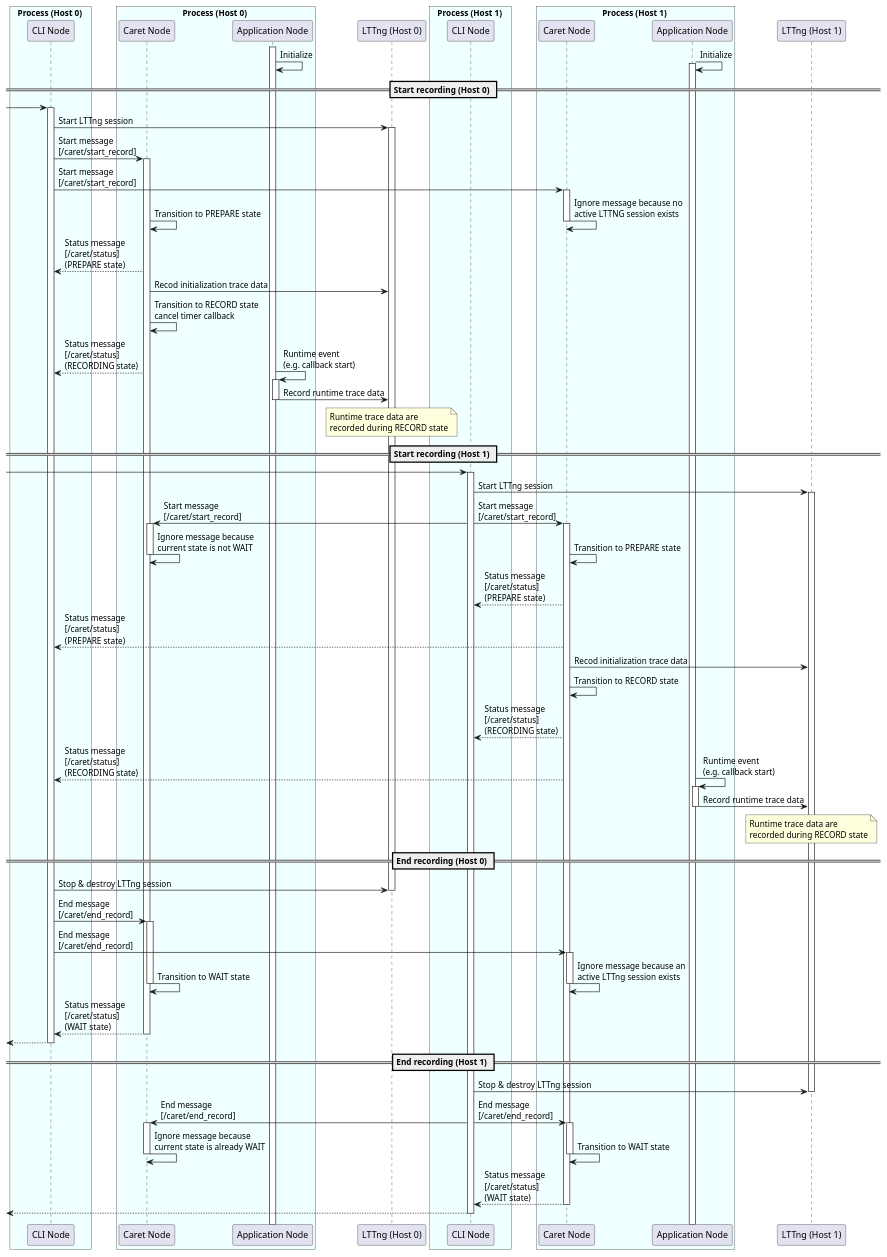
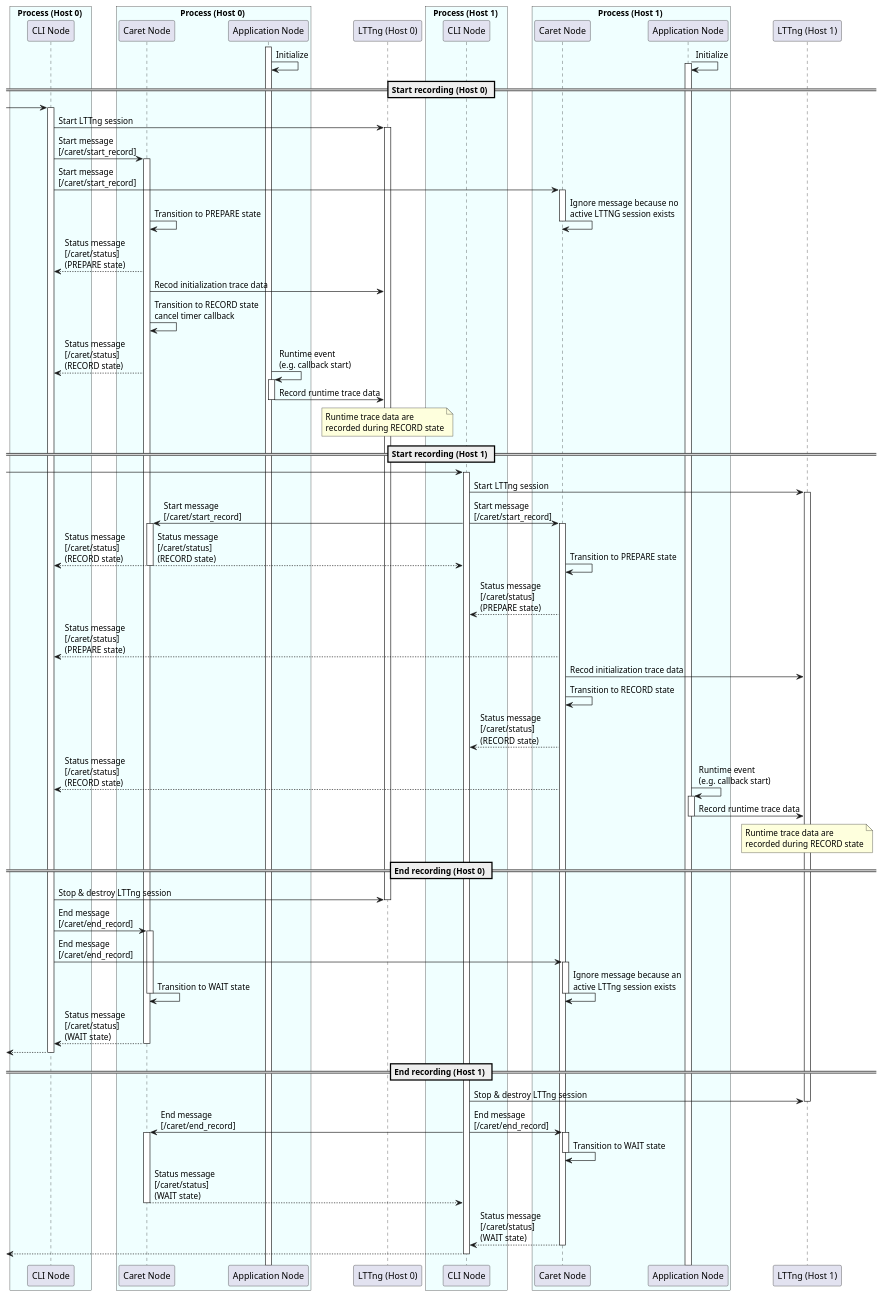
The seventh of 7 diagrams in docs/design/runtime_processing/runtime_recording.md (tier4/caret_doc), drawn with PlantUML before and after one commit. The commit also changed other lines of this file, not shown here.

Commit message:
update sequence diagram

```diff
--- a/docs/design/runtime_processing/runtime_recording.md
+++ b/docs/design/runtime_processing/runtime_recording.md
@@ -535,7 +532,7 @@
 CARET_0 -> Lttng0 : Recod initialization trace data
 CARET_0 -> CARET_0 : Transition to RECORD state \ncancel timer callback
 
-CARET_0 --> CLI_0 : Status message \n[/caret/status] \n(RECORDING state)
+CARET_0 --> CLI_0 : Status message \n[/caret/status] \n(RECORD state)
 
 & APP_0 -> APP_0: Runtime event \n(e.g. callback start)
 activate APP_0
@@ -558,7 +555,8 @@
 & CLI_1 -> CARET_0 : Start message \n[/caret/start_record]
 activate CARET_0
 
-CARET_0 -> CARET_0 : Ignore message because \ncurrent state is not WAIT
+CARET_0 --> CLI_0 : Status message \n[/caret/status] \n(RECORD state)
+& CARET_0 --> CLI_1 : Status message \n[/caret/status] \n(RECORD state)
 deactivate CARET_0
 
 & CARET_1 -> CARET_1 : Transition to PREPARE state
@@ -566,8 +564,8 @@
 CARET_1 --> CLI_0 : Status message \n[/caret/status] \n(PREPARE state)
 CARET_1 -> Lttng1 : Recod initialization trace data
 CARET_1 -> CARET_1 : Transition to RECORD state
-CARET_1 --> CLI_1 : Status message \n[/caret/status] \n(RECORDING state)
-CARET_1 --> CLI_0 : Status message \n[/caret/status] \n(RECORDING state)
+CARET_1 --> CLI_1 : Status message \n[/caret/status] \n(RECORD state)
+CARET_1 --> CLI_0 : Status message \n[/caret/status] \n(RECORD state)
 
 & APP_1 -> APP_1: Runtime event \n(e.g. callback start)
 activate APP_1
@@ -604,7 +602,7 @@
 activate CARET_0
 CARET_1 -> CARET_1 : Transition to WAIT state
 deactivate CARET_1
-& CARET_0 -> CARET_0 : Ignore message because \ncurrent state is already WAIT
+CARET_0 --> CLI_1: Status message \n[/caret/status] \n(WAIT state)
 deactivate CARET_0
 CARET_1 --> CLI_1 : Status message \n[/caret/status] \n(WAIT state)
 deactivate CARET_1
```
